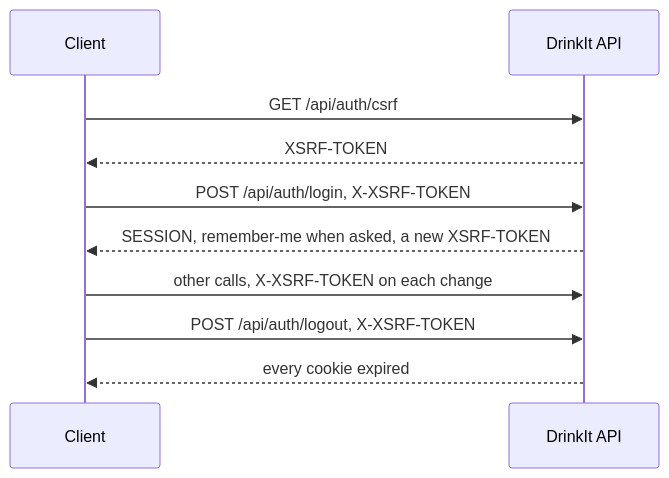
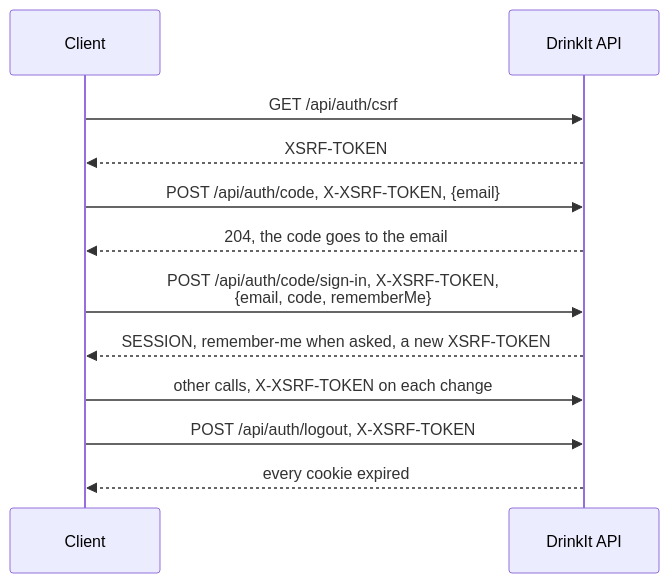
Before and after one commit to mboisnard/drinkit: the diagram in docs/src/engineering/security/calling-the-api.md, drawn with Mermaid. The commit also changed other lines of this file and 13 other files, not shown here.

Commit message:
[DOCUMENTATION] Explain the sign-in by a code sent by email, and where each piece lives (#586)

````diff
--- a/docs/src/engineering/security/calling-the-api.md
+++ b/docs/src/engineering/security/calling-the-api.md
@@ -23,12 +23,14 @@
 ```mermaid
 sequenceDiagram
   participant Client
   participant API as DrinkIt API
   Client->>API: GET /api/auth/csrf
   API-->>Client: XSRF-TOKEN
-  Client->>API: POST /api/auth/login, X-XSRF-TOKEN
+  Client->>API: POST /api/auth/code, X-XSRF-TOKEN, {email}
+  API-->>Client: 204, the code goes to the email
+  Client->>API: POST /api/auth/code/sign-in, X-XSRF-TOKEN,<br/>{email, code, rememberMe}
   API-->>Client: SESSION, remember-me when asked, a new XSRF-TOKEN
   Client->>API: other calls, X-XSRF-TOKEN on each change
   Client->>API: POST /api/auth/logout, X-XSRF-TOKEN
   API-->>Client: every cookie expired
 ```
````
